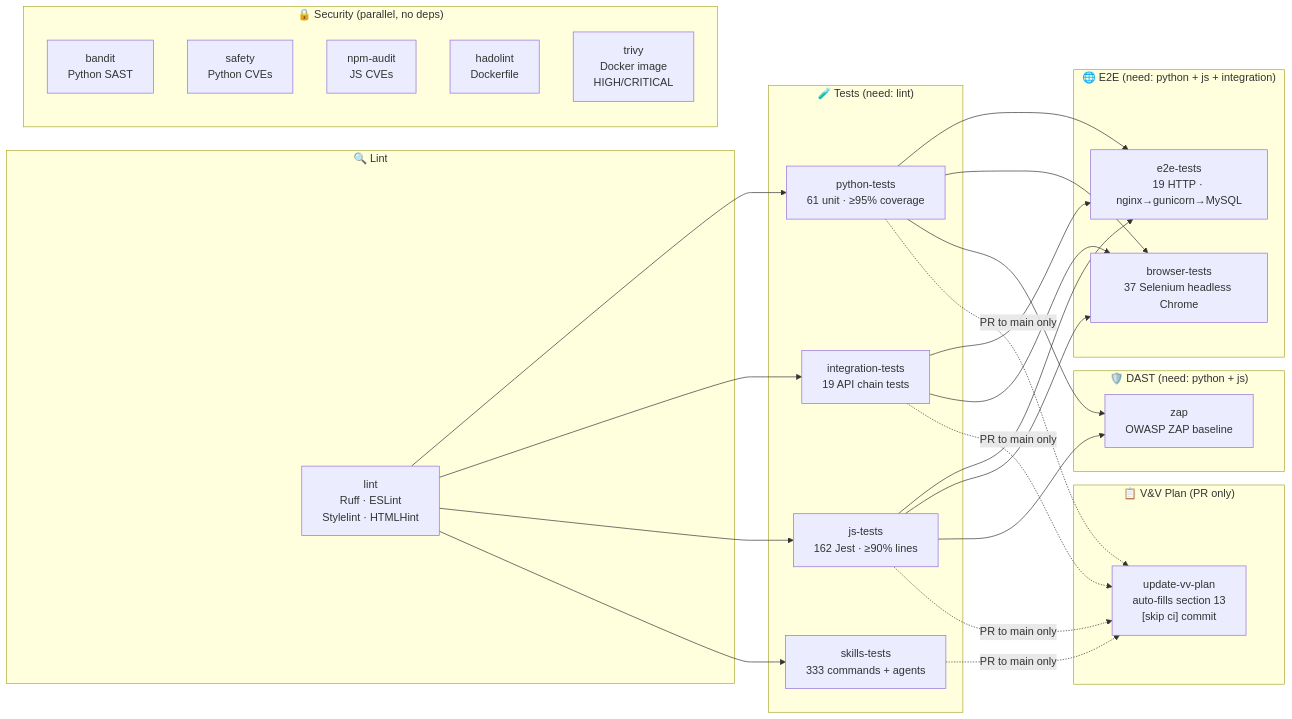
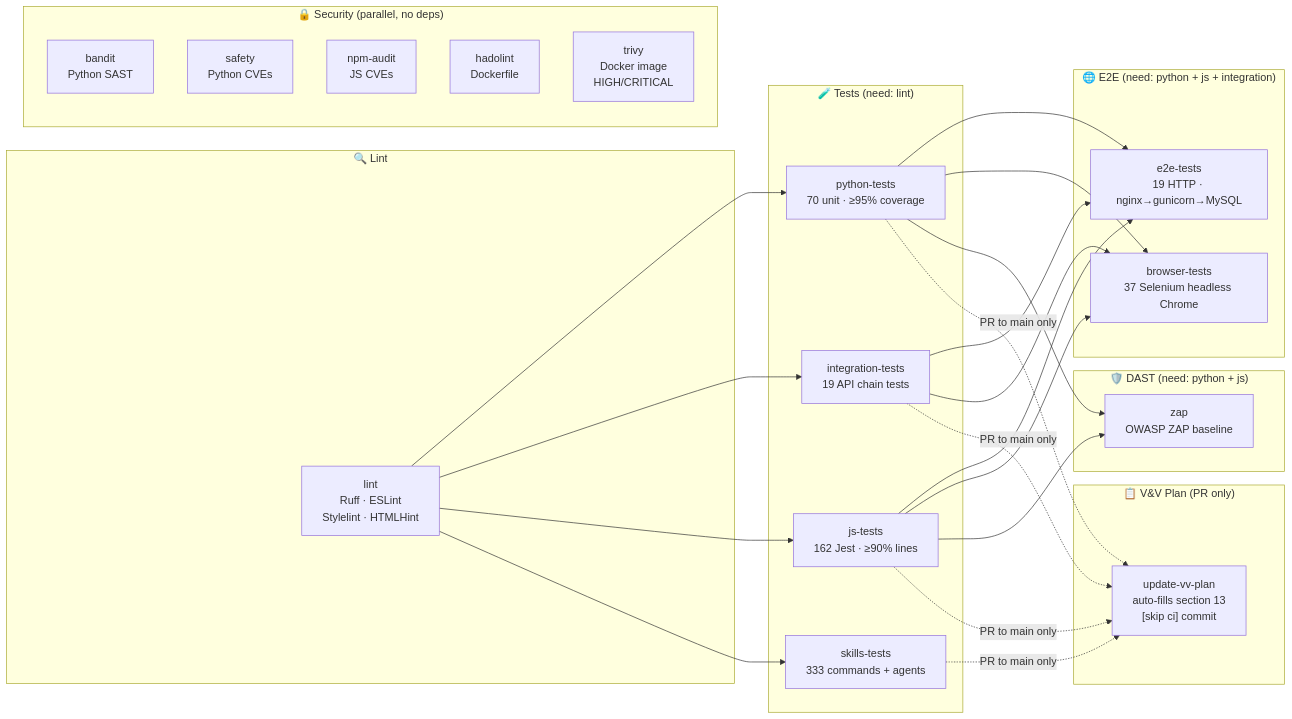
The fifth of 7 diagrams in README.md (mgmarques/radiocalico), drawn with Mermaid before and after one commit. The commit also changed other lines of this file and 31 other files, not shown here.

````diff
--- a/README.md
+++ b/README.md
@@ -516,51 +518,51 @@
 ```mermaid
 graph LR
     subgraph Lint["🔍 Lint"]
         lint["lint\nRuff · ESLint\nStylelint · HTMLHint"]
     end
 
     subgraph Tests["🧪 Tests (need: lint)"]
-        python["python-tests\n61 unit · ≥95% coverage"]
+        python["python-tests\n70 unit · ≥95% coverage"]
         integration["integration-tests\n19 API chain tests"]
         js["js-tests\n162 Jest · ≥90% lines"]
         skills["skills-tests\n333 commands + agents"]
     end
 
     subgraph E2E["🌐 E2E (need: python + js + integration)"]
         e2e["e2e-tests\n19 HTTP · nginx→gunicorn→MySQL"]
         browser["browser-tests\n37 Selenium headless Chrome"]
     end
 
     subgraph DAST["🛡️ DAST (need: python + js)"]
         zap["zap\nOWASP ZAP baseline"]
     end
 
     subgraph Security["🔒 Security (parallel, no deps)"]
         bandit["bandit\nPython SAST"]
         safety["safety\nPython CVEs"]
         npm_audit["npm-audit\nJS CVEs"]
         hadolint["hadolint\nDockerfile"]
         trivy["trivy\nDocker image\nHIGH/CRITICAL"]
     end
 
     subgraph VVPlan["📋 V&V Plan (PR only)"]
         vv["update-vv-plan\nauto-fills section 13\n[skip ci] commit"]
     end
 
     lint --> python
     lint --> integration
     lint --> js
     lint --> skills
     python --> e2e
     js --> e2e
     integration --> e2e
     python --> browser
     js --> browser
     integration --> browser
     python --> zap
     js --> zap
     python -.->|"PR to main only"| vv
     js -.->|"PR to main only"| vv
     integration -.->|"PR to main only"| vv
     skills -.->|"PR to main only"| vv
 ```
````
